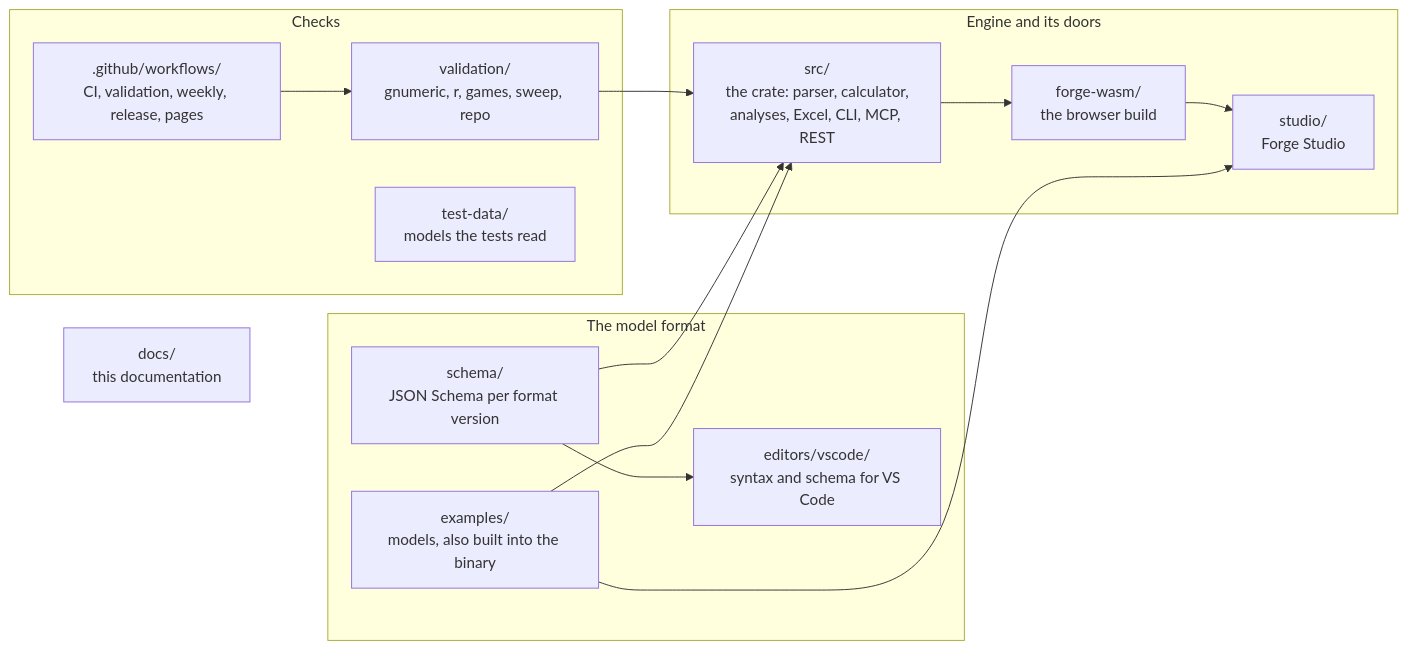
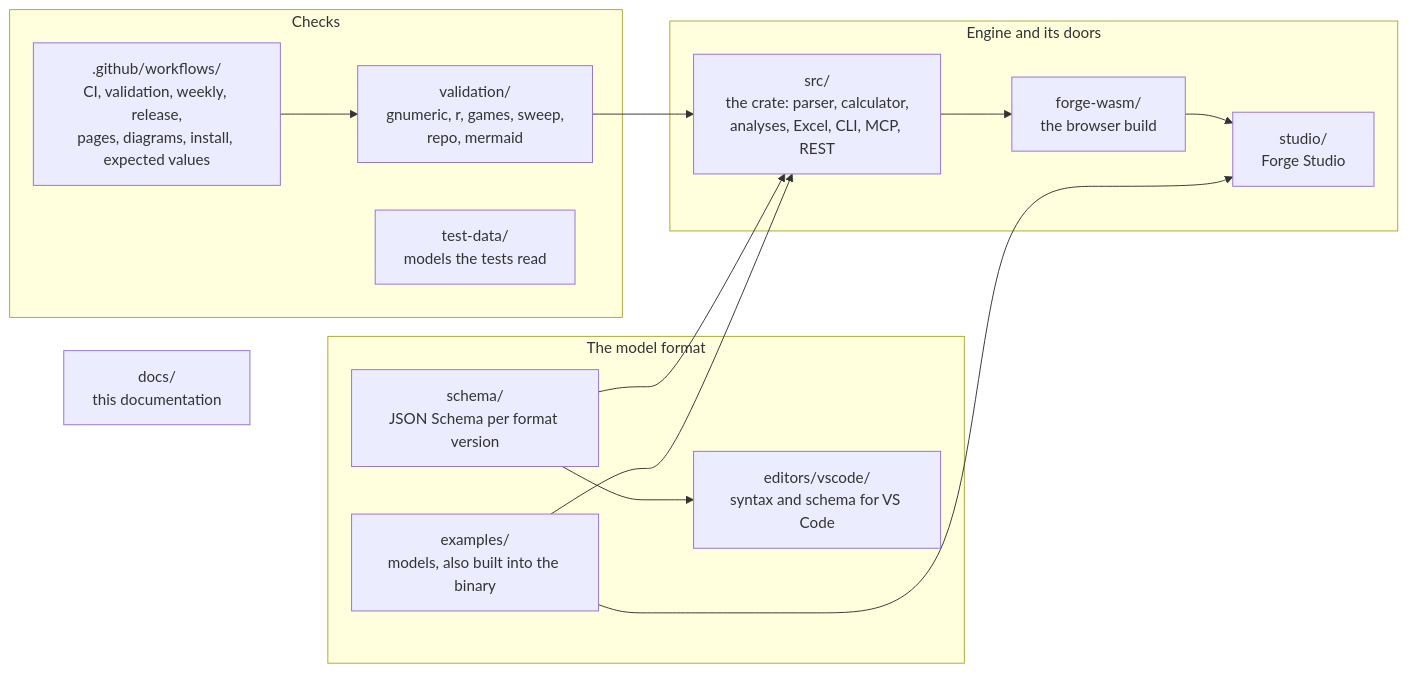
The third of 3 diagrams in docs/architecture/00-OVERVIEW.md (mollendorff-ai/forge), drawn with Mermaid before and after one commit. The commit also changed other lines of this file and 6 other files, not shown here.

First line of the commit message:
Docs: architecture pages 00, 03, 05, 08 and 10 checked against the code

````diff
--- a/docs/architecture/00-OVERVIEW.md
+++ b/docs/architecture/00-OVERVIEW.md
@@ -85,26 +85,26 @@
 ```mermaid
 flowchart LR
     subgraph engine["Engine and its doors"]
         src["src/<br/>the crate: parser, calculator,<br/>analyses, Excel, CLI, MCP, REST"]
         wasm["forge-wasm/<br/>the browser build"]
         studio["studio/<br/>Forge Studio"]
     end
     subgraph contract["The model format"]
         schema["schema/<br/>JSON Schema per format version"]
         examples["examples/<br/>models, also built into the binary"]
         editors["editors/vscode/<br/>syntax and schema for VS Code"]
     end
     subgraph checks["Checks"]
-        validation["validation/<br/>gnumeric, r, games, sweep, repo"]
+        validation["validation/<br/>gnumeric, r, games, sweep,<br/>repo, mermaid"]
         testdata["test-data/<br/>models the tests read"]
-        workflows[".github/workflows/<br/>CI, validation, weekly, release, pages"]
+        workflows[".github/workflows/<br/>CI, validation, weekly, release,<br/>pages, diagrams, install, expected values"]
     end
     docs["docs/<br/>this documentation"]
     src --> wasm --> studio
     schema --> src
     schema --> editors
     examples --> src
     examples --> studio
     validation --> src
     workflows --> validation
 ```
````
